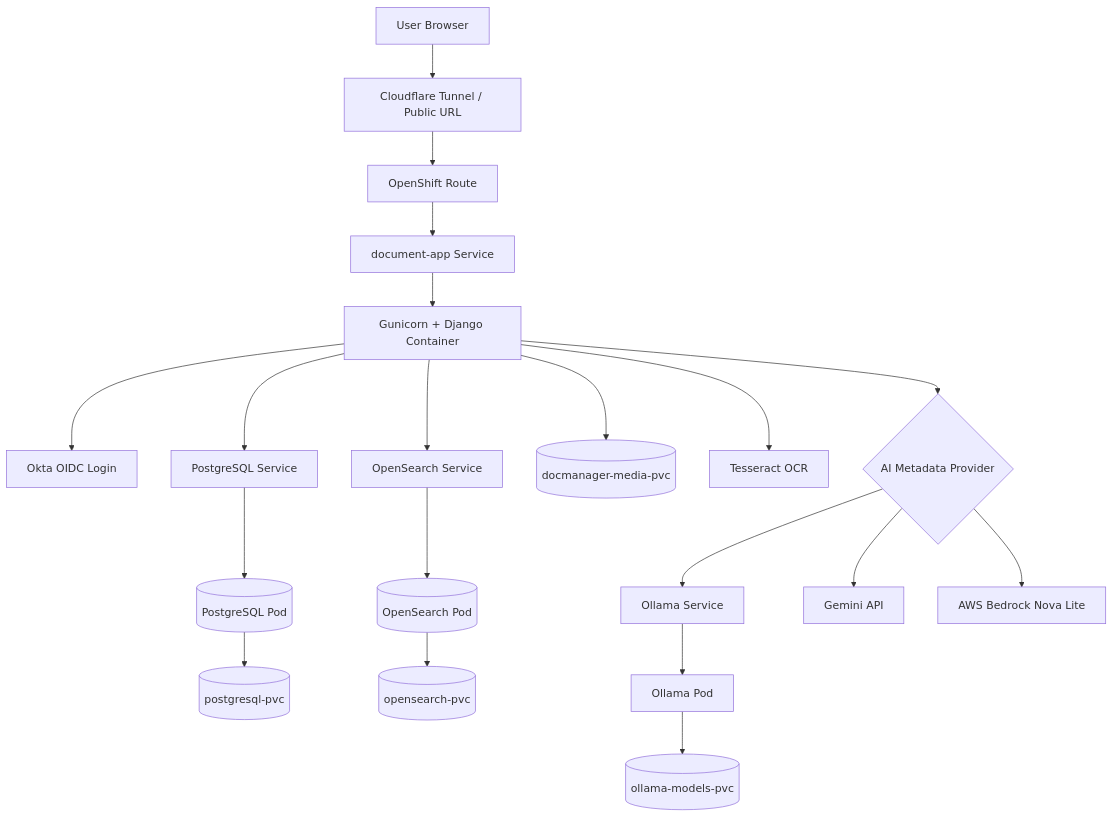
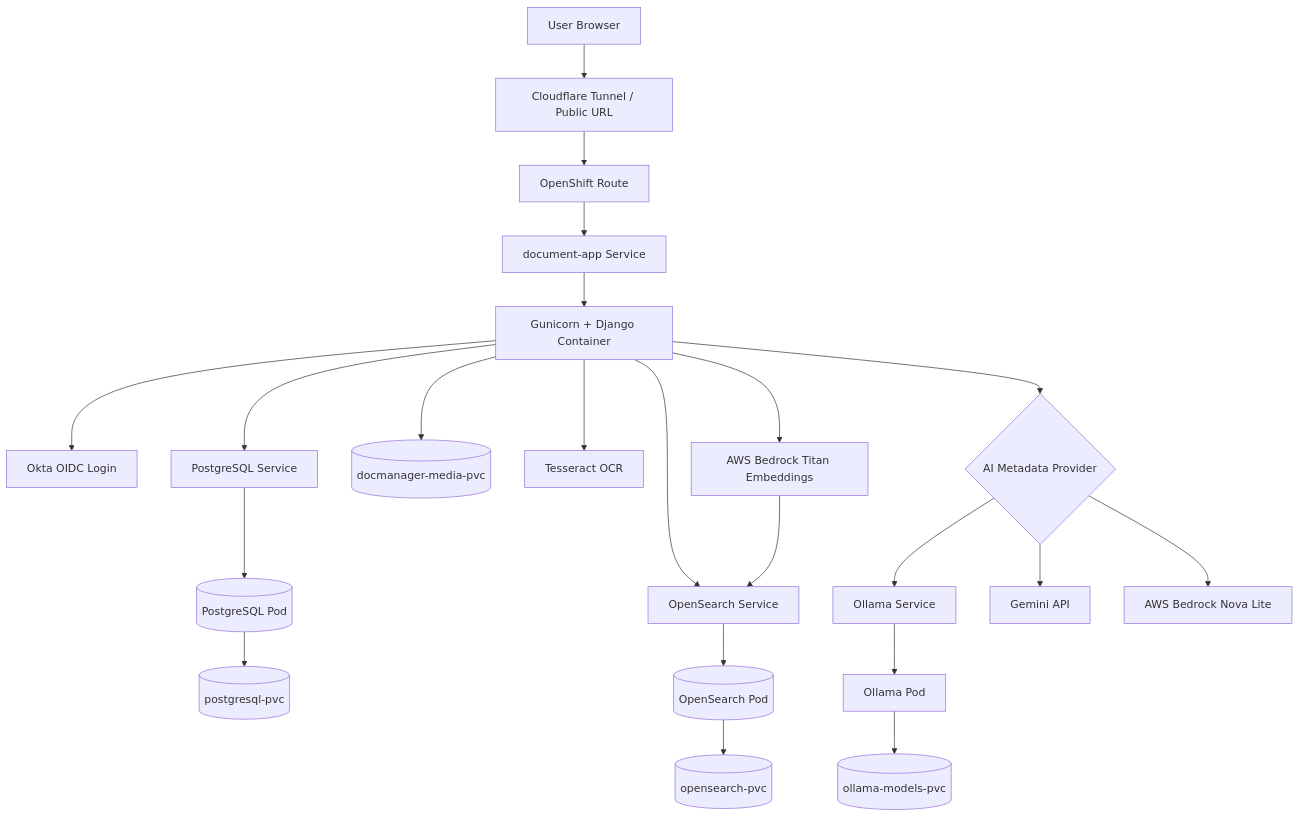
One commit to khaliqueaws-creator/document-management changed the first of 3 diagrams in docs/architecture.md. Above: the diagram before and after it, drawn with Mermaid. The commit also changed other lines of this file and 8 other files, not shown here.

Commit message:
Update docs for PostgreSQL and OpenSearch stack

````diff
--- a/docs/architecture.md
+++ b/docs/architecture.md
@@ -9,26 +9,29 @@
 ```mermaid
 flowchart TB
     User[User Browser] --> CF[Cloudflare Tunnel / Public URL]
     CF --> Route[OpenShift Route]
     Route --> SVC[document-app Service]
     SVC --> App[Gunicorn + Django Container]
 
     App --> Okta[Okta OIDC Login]
     App --> PostgreSQLSvc[PostgreSQL Service]
     PostgreSQLSvc --> PostgreSQL[(PostgreSQL Pod)]
     PostgreSQL --> PostgreSQLPVC[(postgresql-pvc)]
 
     App --> OpenSearchSvc[OpenSearch Service]
     OpenSearchSvc --> OpenSearch[(OpenSearch Pod)]
     OpenSearch --> OpenSearchPVC[(opensearch-pvc)]
 
     App --> MediaPVC[(docmanager-media-pvc)]
     App --> Tesseract[Tesseract OCR]
 
     App --> AIChoice{AI Metadata Provider}
     AIChoice --> OllamaSvc[Ollama Service]
     AIChoice --> Gemini[Gemini API]
     AIChoice --> Bedrock[AWS Bedrock Nova Lite]
     OllamaSvc --> Ollama[Ollama Pod]
     Ollama --> OllamaPVC[(ollama-models-pvc)]
+
+    App --> Titan[AWS Bedrock Titan Embeddings]
+    Titan --> OpenSearchSvc
 ```
````
